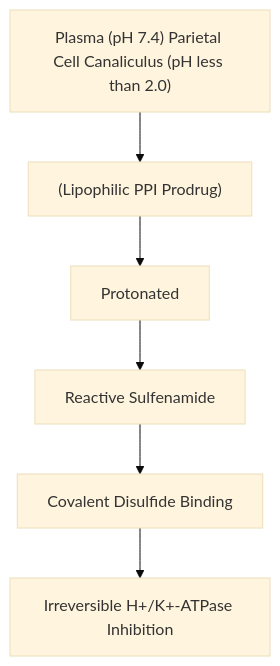
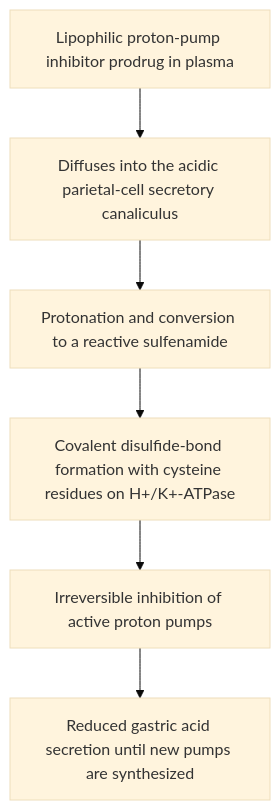
The diagram in Canonical notes/GIT/GIT_Chapter_15_Drugs_Acid_Peptic_GERD.md (kartikswami768/neet-pg), drawn with Mermaid (base theme) before and after one commit. The commit also changed other lines of this file and 27 other files, not shown here.

````diff
--- a/Canonical notes/GIT/GIT_Chapter_15_Drugs_Acid_Peptic_GERD.md
+++ b/Canonical notes/GIT/GIT_Chapter_15_Drugs_Acid_Peptic_GERD.md
@@ -23,9 +23,8 @@
 ```mermaid
 flowchart TD
-  A["Plasma (pH 7.4) Parietal Cell Canaliculus (pH less than 2.0)"]
-  A --> N1["(Lipophilic PPI Prodrug)"]
-  N1 --> N2["Protonated"]
-  N2 --> N3["Reactive Sulfenamide"]
-  N3 --> N4["Covalent Disulfide Binding"]
-  N4 --> N5["Irreversible H+/K+-ATPase Inhibition"]
+    A["Lipophilic proton-pump inhibitor prodrug in plasma"] --> B["Diffuses into the acidic parietal-cell secretory canaliculus"]
+    B --> C["Protonation and conversion to a reactive sulfenamide"]
+    C --> D["Covalent disulfide-bond formation with cysteine residues on H+/K+-ATPase"]
+    D --> E["Irreversible inhibition of active proton pumps"]
+    E --> F["Reduced gastric acid secretion until new pumps are synthesized"]
 ```
````
